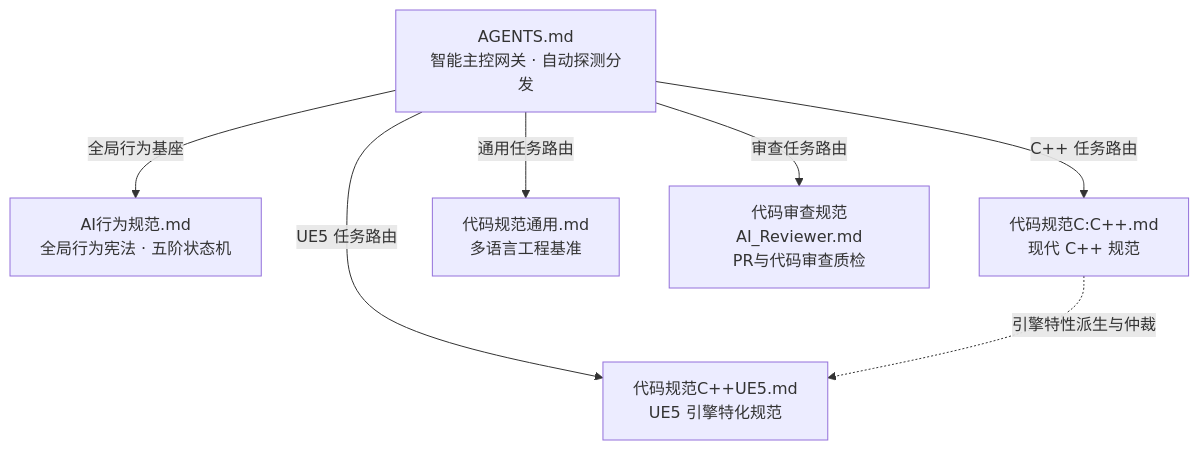
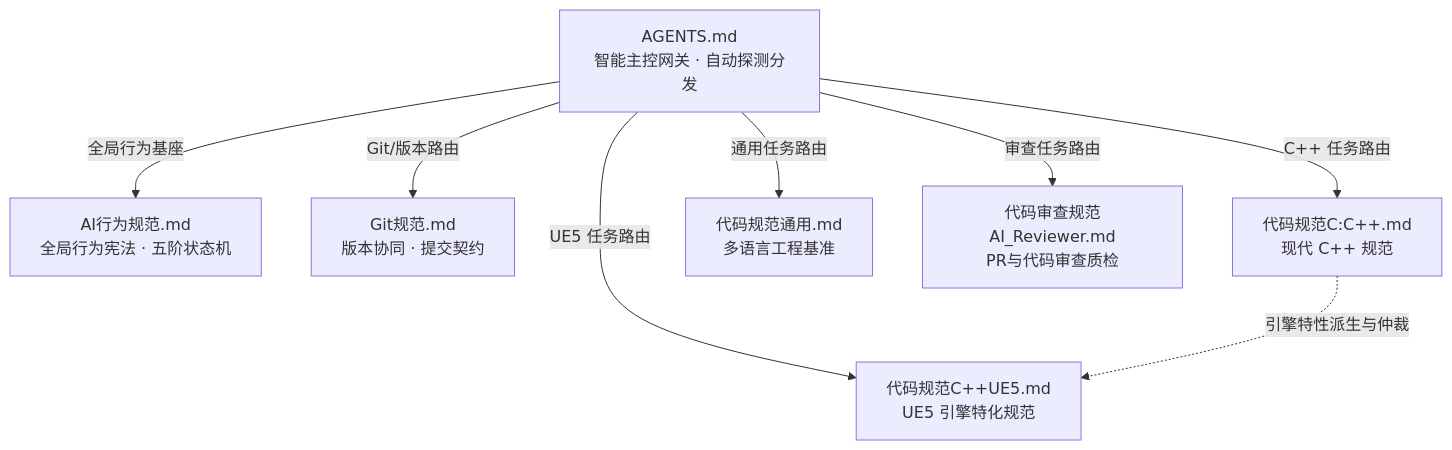
Before and after one commit to YIice-cwj/ai-coding-standards: the diagram in README.md, drawn with Mermaid. The commit also changed other lines of this file and 7 other files, not shown here.

````diff
--- a/README.md
+++ b/README.md
@@ -17,9 +17,10 @@
 ```mermaid
 graph TD
     M[AGENTS.md\n智能主控网关 · 自动探测分发] -->|全局行为基座| A[AI行为规范.md\n全局行为宪法 · 五阶状态机]
+    M -->|Git/版本路由| F[Git规范.md\n版本协同 · 提交契约]
     M -->|C++ 任务路由| C[代码规范C:C++.md\n现代 C++ 规范]
     M -->|UE5 任务路由| D[代码规范C++UE5.md\nUE5 引擎特化规范]
     M -->|通用任务路由| B[代码规范通用.md\n多语言工程基准]
     M -->|审查任务路由| E[代码审查规范AI_Reviewer.md\nPR与代码审查质检]
     C -.->|引擎特性派生与仲裁| D
 ```
````
